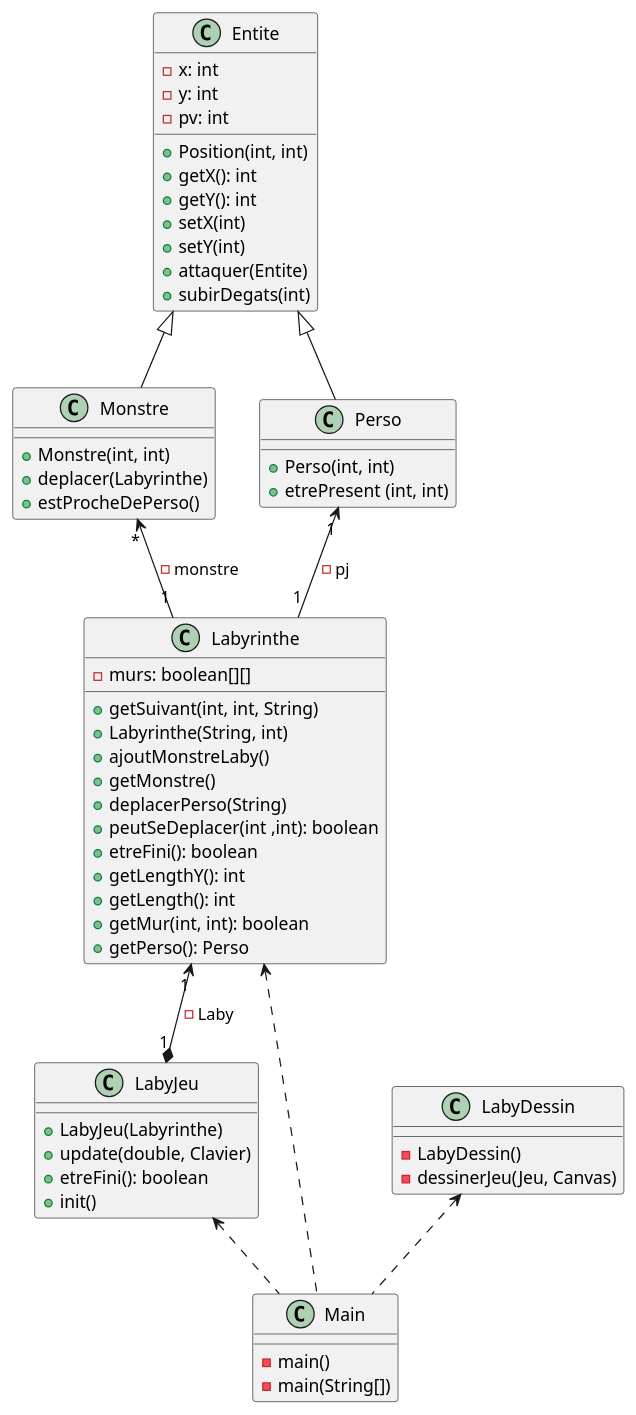
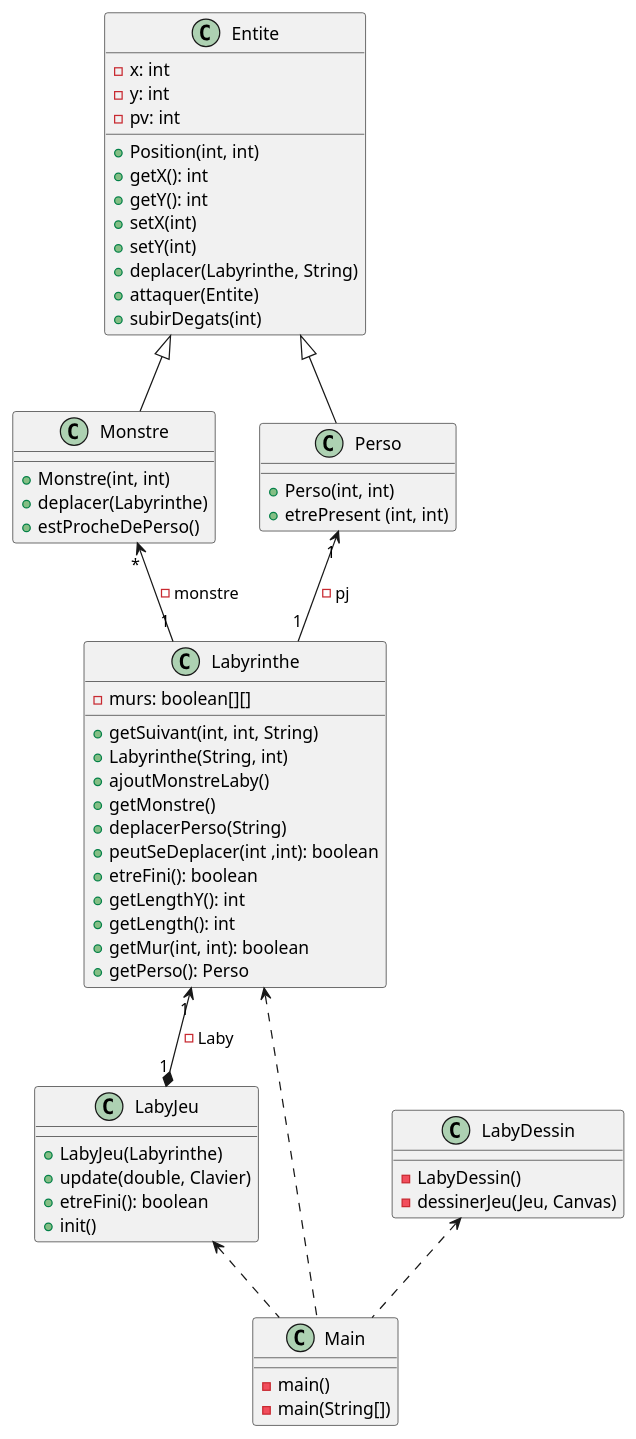
The diagram in zeldiablo/documents/version_2/diagclass_v2_global.puml (Erwanquilliou/2024_Zeldiablo_quilliou2u_leveque58u), drawn with PlantUML before and after one commit. The commit also changed 3 other files, not shown here.

```diff
--- a/zeldiablo/documents/version_2/diagclass_v2_global.puml
+++ b/zeldiablo/documents/version_2/diagclass_v2_global.puml
@@ -1,73 +1,74 @@
 @startuml
 
 class Entite {
 - x: int
 - y: int
 - pv: int
 + Position(int, int)
 + getX(): int
 + getY(): int
 + setX(int)
 + setY(int)
++ deplacer(Labyrinthe, String)
 + attaquer(Entite)
 + subirDegats(int)
 }
 
 Entite <|-- Monstre
 
 class Monstre{
 + Monstre(int, int)
 + deplacer(Labyrinthe)
 + estProcheDePerso()
 }
 
 Entite <|-- Perso
 
 class Perso{
 + Perso(int, int)
 + etrePresent (int, int)
 }
 
 Monstre "*" <-- "1" Labyrinthe : -monstre
 Perso "1" <-- "1" Labyrinthe : - pj
 
 class Labyrinthe {
 - murs: boolean[][]
 + getSuivant(int, int, String)
 + Labyrinthe(String, int)
 + ajoutMonstreLaby()
 + getMonstre()
 + deplacerPerso(String)
 + peutSeDeplacer(int ,int): boolean
 + etreFini(): boolean
 + getLengthY(): int
 + getLength(): int
 + getMur(int, int): boolean
 + getPerso(): Perso
 }
 
 Labyrinthe "1" <--* "1" LabyJeu : - Laby
 
 class LabyJeu{
 + LabyJeu(Labyrinthe)
 + update(double, Clavier)
 + etreFini(): boolean
 + init()
 }
 
 LabyJeu <.. Main
 
 class Main{
 - main()
 - main(String[])
 }
 
 Labyrinthe <.. Main
 LabyDessin <.. Main
 
 class LabyDessin{
 - LabyDessin()
 - dessinerJeu(Jeu, Canvas)
 }
 
 @enduml
```
